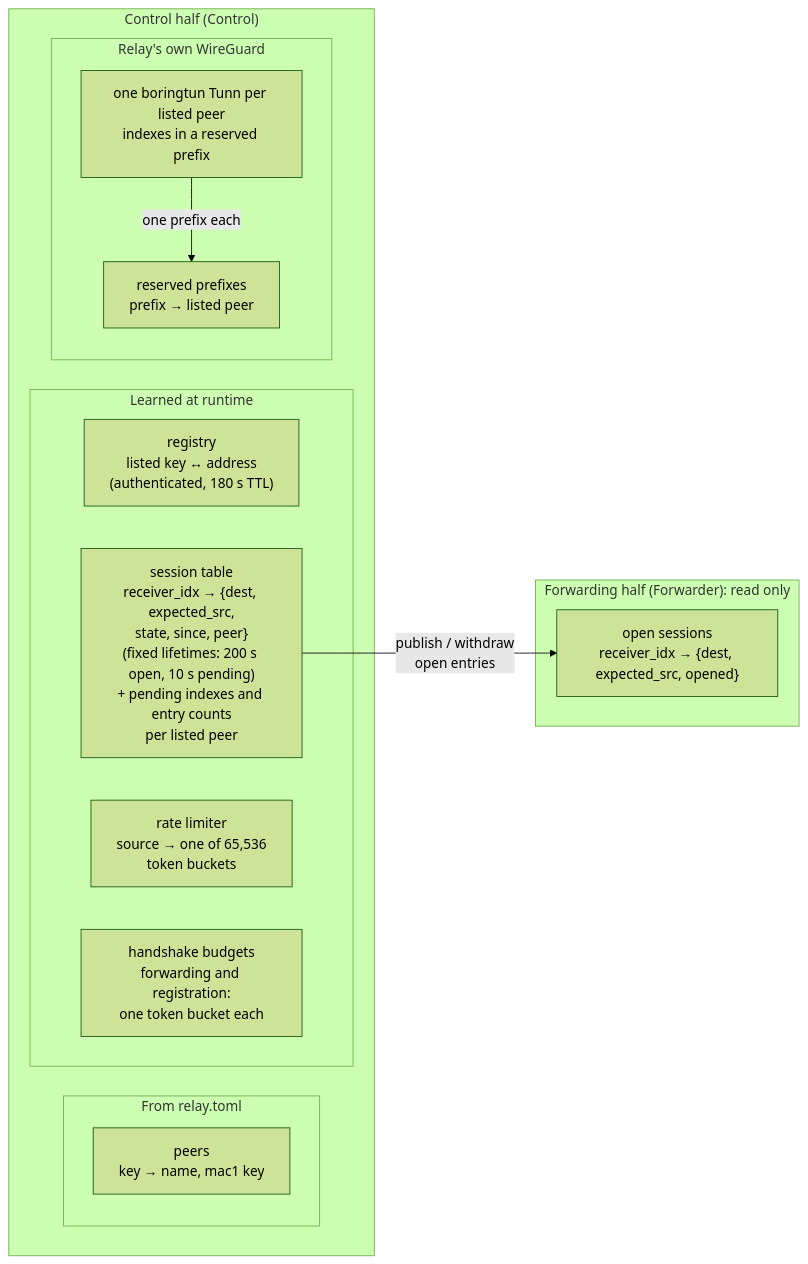
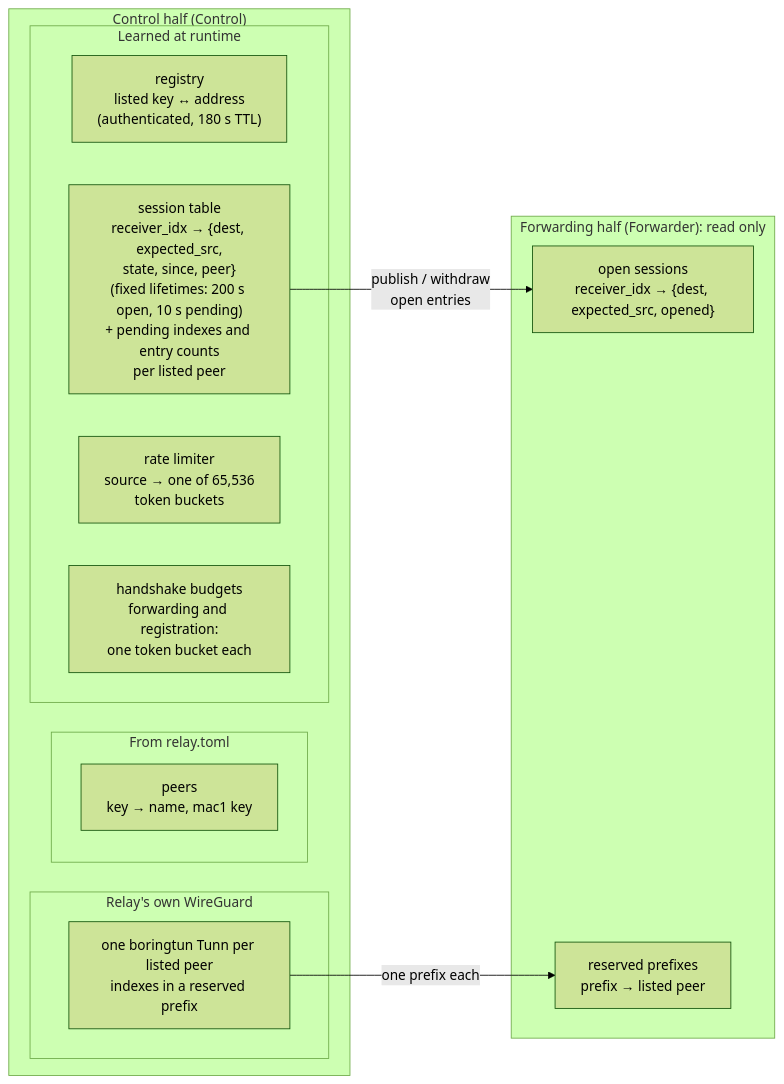
Before and after one commit to 3alpha/wg-relay: the ninth of 23 diagrams in docs/how-it-works.md, drawn with Mermaid (forest theme). The commit also changed other lines of this file and 10 other files, not shown here.

````diff
--- a/docs/how-it-works.md
+++ b/docs/how-it-works.md
@@ -343,23 +343,23 @@
 ```mermaid
 flowchart LR
     subgraph fwd["Forwarding half (Forwarder): read only"]
         OPEN["open sessions<br/>receiver_idx → {dest, expected_src, opened}"]
+        RES["reserved prefixes<br/>prefix → listed peer"]
     end
     subgraph ctl["Control half (Control)"]
         subgraph cfg["From relay.toml"]
             P["peers<br/>key → name, mac1 key"]
         end
         subgraph learned_state["Learned at runtime"]
             REG["registry<br/>listed key ↔ address<br/>(authenticated, 180 s TTL)"]
             SES["session table<br/>receiver_idx → {dest, expected_src,<br/>state, since, peer}<br/>(fixed lifetimes: 200 s open, 10 s pending)<br/>+ pending indexes and entry counts<br/>per listed peer"]
             RL["rate limiter<br/>source → one of 65,536<br/>token buckets"]
             BUD["handshake budgets<br/>forwarding and registration:<br/>one token bucket each"]
         end
         subgraph tunnels["Relay's own WireGuard"]
             T["one boringtun Tunn per listed peer<br/>indexes in a reserved prefix"]
-            RES["reserved prefixes<br/>prefix → listed peer"]
         end
     end
     SES -- "publish / withdraw<br/>open entries" --> OPEN
     T -- "one prefix each" --> RES
 ```
````
